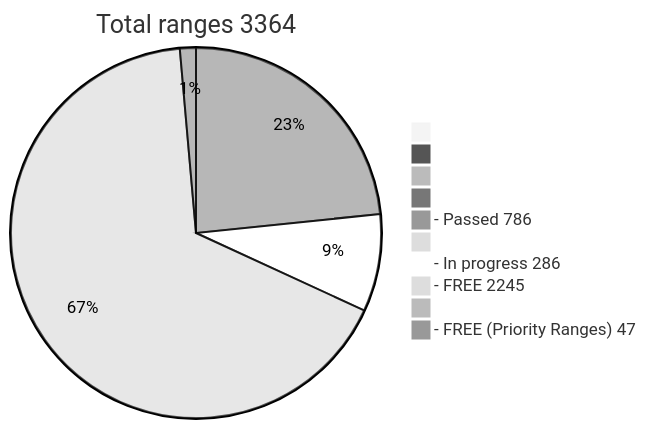
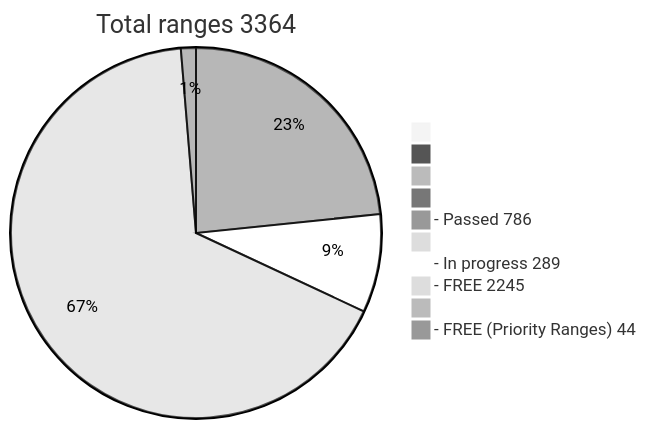
The diagram in README.md (phrutis/wif500), drawn with Mermaid (neutral theme) before and after one commit.

````diff
--- a/README.md
+++ b/README.md
@@ -16,13 +16,13 @@
 ```mermaid
 pie title Total ranges 3364
              " " : 0
             "  " : 0
            "   " : 0
           "    " : 0
   "- Passed 786" : 786
          "     " : 0
-  "- In progress 286" : 286
+  "- In progress 289" : 289
    "- FREE 2245" : 2245
         "      " : 0
-  "- FREE (Priority Ranges) 47" : 47
+  "- FREE (Priority Ranges) 44" : 44
 ```
````
